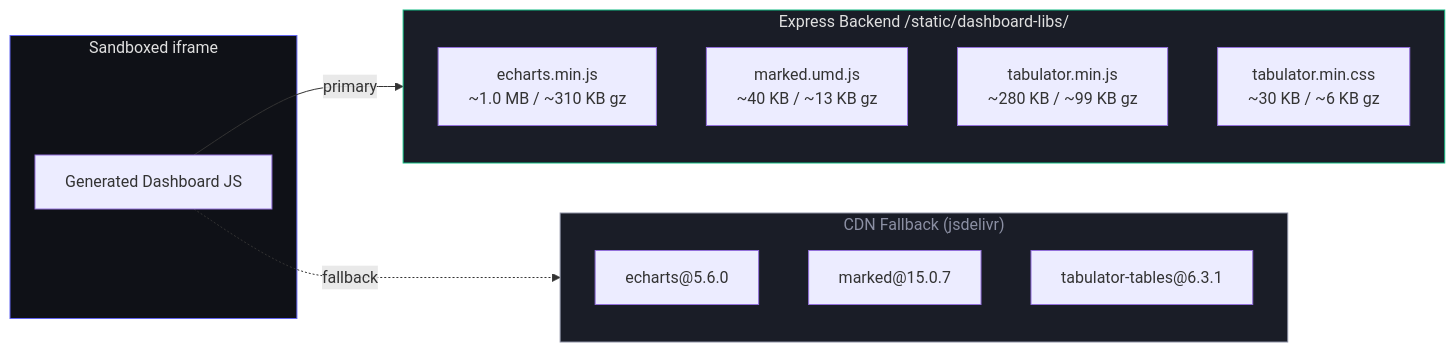
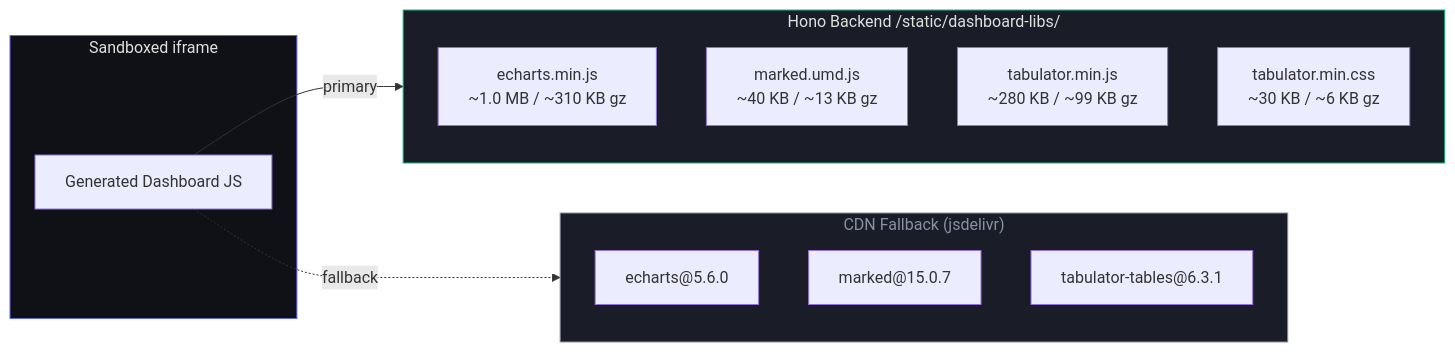
The fourth of 9 diagrams in docs/design/mission-dashboard-design-ready.md (joechiu-uipath/olliebot), drawn with Mermaid before and after one commit. The commit also changed other lines of this file and 16 other files, not shown here.

````diff
--- a/docs/design/mission-dashboard-design-ready.md
+++ b/docs/design/mission-dashboard-design-ready.md
@@ -260,26 +260,26 @@
 ```mermaid
 flowchart LR
     subgraph iframe["Sandboxed iframe"]
         Dashboard["Generated Dashboard JS"]
     end
 
-    subgraph backend["Express Backend /static/dashboard-libs/"]
+    subgraph backend["Hono Backend /static/dashboard-libs/"]
         E1["echarts.min.js\n~1.0 MB / ~310 KB gz"]
         M1["marked.umd.js\n~40 KB / ~13 KB gz"]
         T1["tabulator.min.js\n~280 KB / ~99 KB gz"]
         T2["tabulator.min.css\n~30 KB / ~6 KB gz"]
     end
 
     subgraph cdn["CDN Fallback (jsdelivr)"]
         E2["echarts@5.6.0"]
         M2["marked@15.0.7"]
         T3["tabulator-tables@6.3.1"]
     end
 
     Dashboard -- "primary" --> backend
     Dashboard -. "fallback" .-> cdn
 
     style backend fill:#1a1d27,stroke:#10b981,color:#e0e0e0
     style cdn fill:#1a1d27,stroke:#8b8fa3,color:#8b8fa3
     style iframe fill:#0f1117,stroke:#6366f1,color:#e0e0e0
 ```
````
